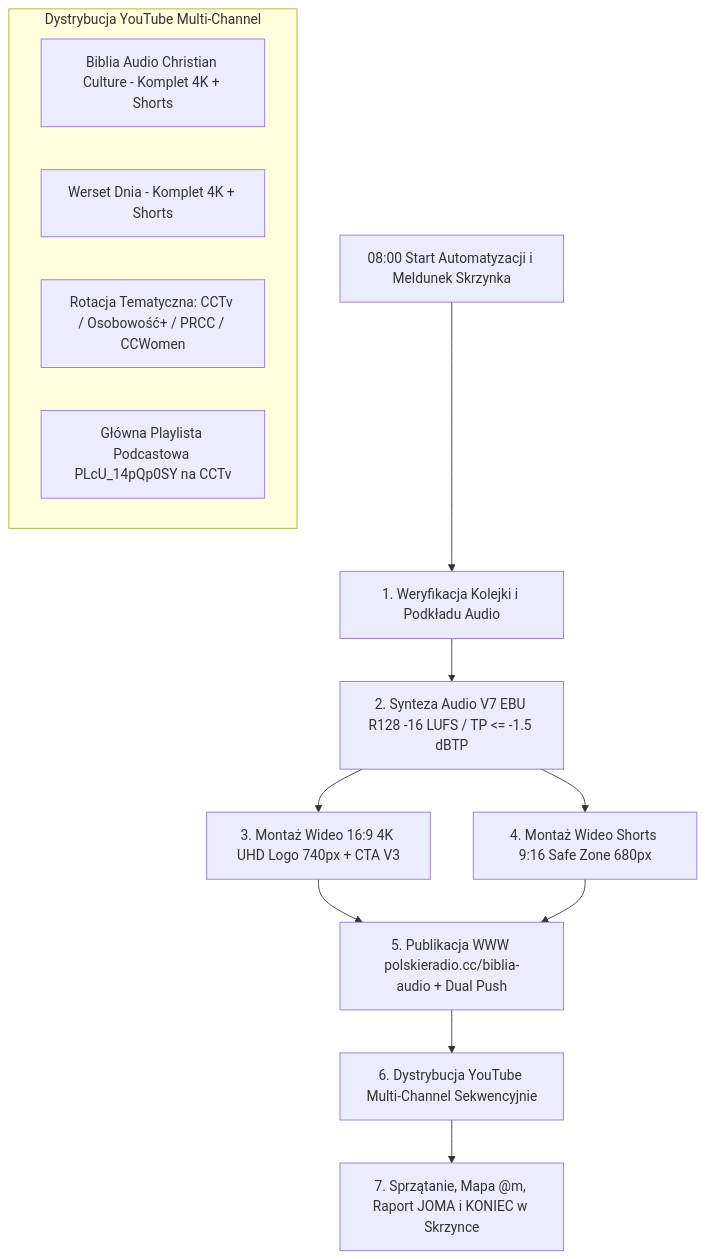
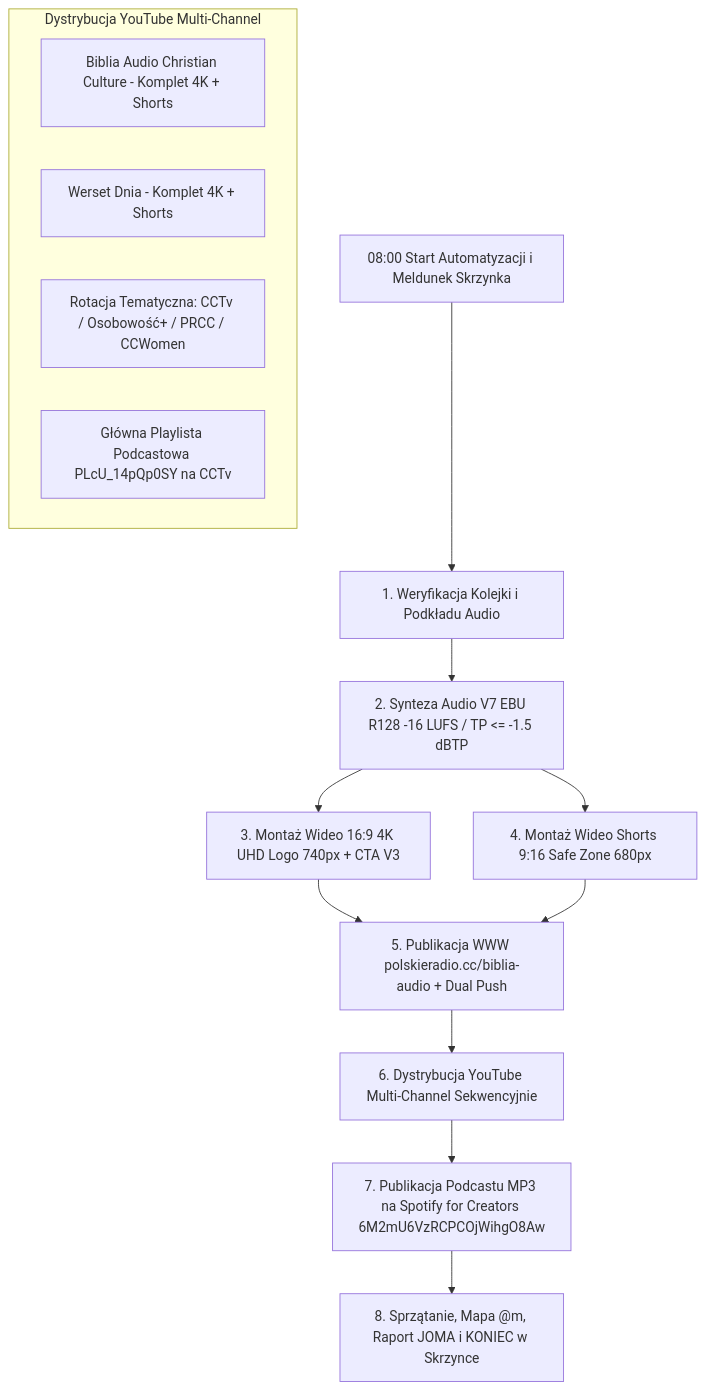
Before and after one commit to PolskieRadioChristianCulture/Strona-www-Christian-Culture: the diagram in docs/BIBLIA_AUDIO_AUTOMATION_PROCEDURES.md, drawn with Mermaid. The commit also changed other lines of this file and 2 other files, not shown here.

Commit message:
feat(biblia-audio): add Spotify for Creators (6M2mU6VzRCPCOjWihgO8Aw) automation stage & backlog audit

````diff
--- a/docs/BIBLIA_AUDIO_AUTOMATION_PROCEDURES.md
+++ b/docs/BIBLIA_AUDIO_AUTOMATION_PROCEDURES.md
@@ -26,17 +27,18 @@
 ```mermaid
 flowchart TD
     A[08:00 Start Automatyzacji i Meldunek Skrzynka] --> B[1. Weryfikacja Kolejki i Podkładu Audio]
     B --> C[2. Synteza Audio V7 EBU R128 -16 LUFS / TP <= -1.5 dBTP]
     C --> D[3. Montaż Wideo 16:9 4K UHD Logo 740px + CTA V3]
     C --> E[4. Montaż Wideo Shorts 9:16 Safe Zone 680px]
     D & E --> F[5. Publikacja WWW polskieradio.cc/biblia-audio + Dual Push]
     F --> G[6. Dystrybucja YouTube Multi-Channel Sekwencyjnie]
-    G --> H[7. Sprzątanie, Mapa @m, Raport JOMA i KONIEC w Skrzynce]
+    G --> S[7. Publikacja Podcastu MP3 na Spotify for Creators 6M2mU6VzRCPCOjWihgO8Aw]
+    S --> H[8. Sprzątanie, Mapa @m, Raport JOMA i KONIEC w Skrzynce]
 
     subgraph YouTube [Dystrybucja YouTube Multi-Channel]
         G1[Biblia Audio Christian Culture - Komplet 4K + Shorts]
         G2[Werset Dnia - Komplet 4K + Shorts]
         G3[Rotacja Tematyczna: CCTv / Osobowość+ / PRCC / CCWomen]
         G4[Główna Playlista Podcastowa PLcU_14pQp0SY na CCTv]
     end
 ```
````
